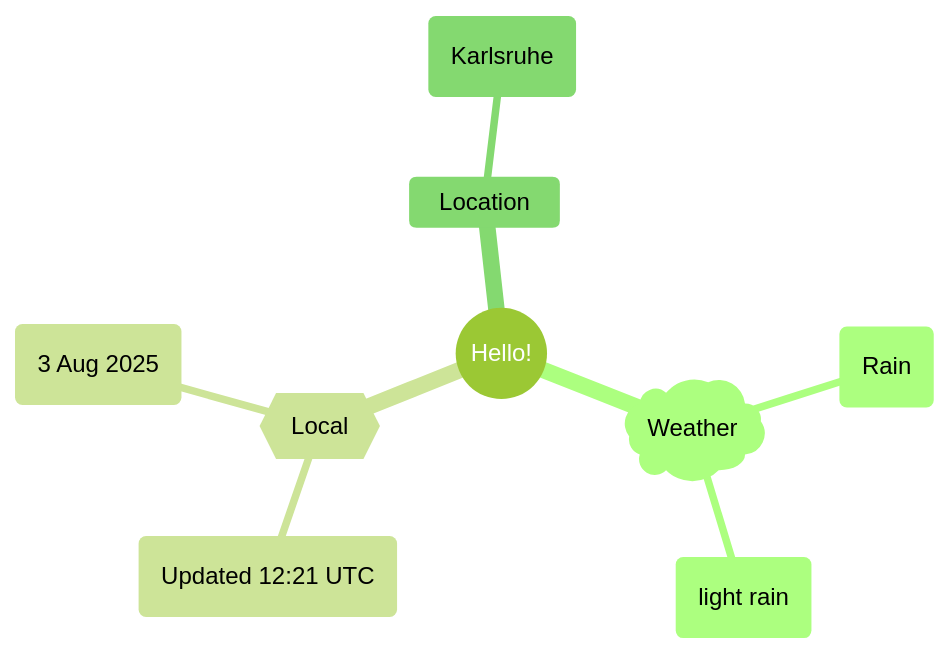
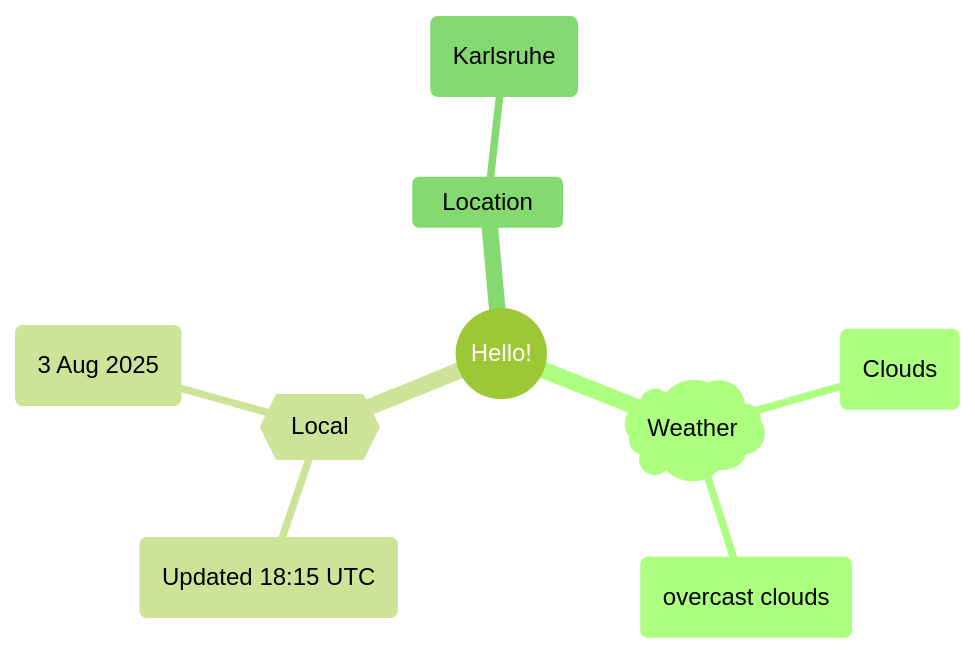
The first of 2 diagrams in README.md (Xosrov/Xosrov), drawn with Mermaid (forest theme) before and after one commit.

Commit message:
[bot] updated images

````diff
--- a/README.md
+++ b/README.md
@@ -3,12 +3,12 @@
 ```mermaid
 mindmap
   root((Hello!))
     )Weather(
-        (Rain)
-        (light rain)
+        (Clouds)
+        (overcast clouds)
     {{Local}}
-        (Updated 12:21 UTC)
+        (Updated 18:15 UTC)
         (3 Aug 2025)
     Location
         (Karlsruhe)
 ```
````
